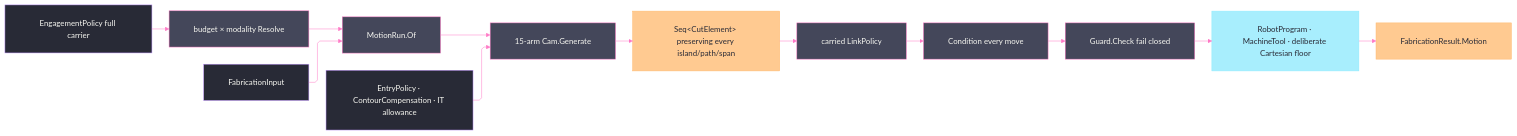
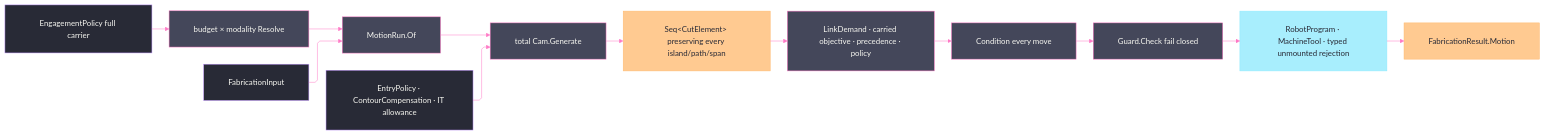
The diagram in libs/csharp/Rasm.Fabrication/.planning/Toolpath/motion.md (bsamiee/Rasm), drawn with Mermaid before and after one commit. The commit also changed other lines of this file and 67 other files, not shown here.

````diff
--- a/libs/csharp/Rasm.Fabrication/.planning/Toolpath/motion.md
+++ b/libs/csharp/Rasm.Fabrication/.planning/Toolpath/motion.md
@@ -786,47 +1377,47 @@
 ```mermaid
 ---
 config:
   theme: base
   look: classic
   layout: elk
   flowchart:
     curve: linear
     padding: 25
   themeVariables:
     darkMode: true
     fontFamily: "SF Mono, Menlo, Cascadia Mono, Segoe UI Mono, Consolas, monospace"
     useGradient: false
     dropShadow: "none"
     background: "#282A36"
     primaryColor: "#44475A"
     primaryTextColor: "#F8F8F2"
     primaryBorderColor: "#BD93F9"
     lineColor: "#FF79C6"
     textColor: "#F8F8F2"
     edgeLabelBackground: "#21222C"
     labelBackgroundColor: "#21222C"
   themeCSS: ".nodeLabel{font-size:13px;font-weight:500}.edgeLabel{font-size:12px;font-weight:500}.cluster-label .nodeLabel{font-size:13.5px;font-weight:700;letter-spacing:.08em}.edge-thickness-normal{stroke-width:2px}.edge-thickness-thick{stroke-width:3px}.edge-pattern-dashed,.edge-pattern-dotted{stroke-width:1.5px;stroke-dasharray:4 6}.node rect,.node circle,.node polygon,.node path,.node .outer-path{stroke-width:1.5px;filter:none!important}.cluster rect{stroke-width:1px!important;stroke-dasharray:5 4!important;filter:none!important}.marker path{transform:scale(.8);transform-origin:5px 5px}.marker circle{transform:scale(.48);transform-origin:5px 5px}.edgeLabel rect{transform-box:fill-box;transform-origin:center;transform:scale(1.1,1.2)}"
 ---
 flowchart LR
   accTitle: Fabrication motion algebra
   accDescr: One engagement carrier resolves process physics, generates independently routable cutting elements, conditions every linked move, guards it fail closed, and lowers the result against admitted machine capability.
   Policy["EngagementPolicy full carrier"] --> Resolve["budget × modality Resolve"]
   Input["FabricationInput"] --> Run["MotionRun.Of"]
   Resolve --> Run
-  Run --> Generate["15-arm Cam.Generate"]
+  Run --> Generate["total Cam.Generate"]
   Conditioning["EntryPolicy · ContourCompensation · IT allowance"] --> Generate
   Generate --> Elements["Seq&lt;CutElement&gt; preserving every island/path/span"]
-  Elements --> Link["carried LinkPolicy"]
+  Elements --> Link["LinkDemand · carried objective · precedence · policy"]
   Link --> Workholding["Condition every move"]
   Workholding --> Guard["Guard.Check fail closed"]
-  Guard --> Solve["RobotProgram · MachineTool · deliberate Cartesian floor"]
+  Guard --> Solve["RobotProgram · MachineTool · typed unmounted rejection"]
   Solve --> Motion["FabricationResult.Motion"]
   classDef primary fill:#44475A,stroke:#FF79C6,color:#F8F8F2
   classDef boundary fill:#282A36,stroke:#BD93F9,color:#F8F8F2
   classDef external fill:#8BE9FDBF,stroke:#8BE9FD,color:#282A36
   classDef data fill:#FFB86CBF,stroke:#FFB86C,color:#282A36
   class Policy,Input,Conditioning boundary
   class Resolve,Run,Generate,Link,Workholding,Guard primary
   class Elements,Motion data
   class Solve external
 ```
````
